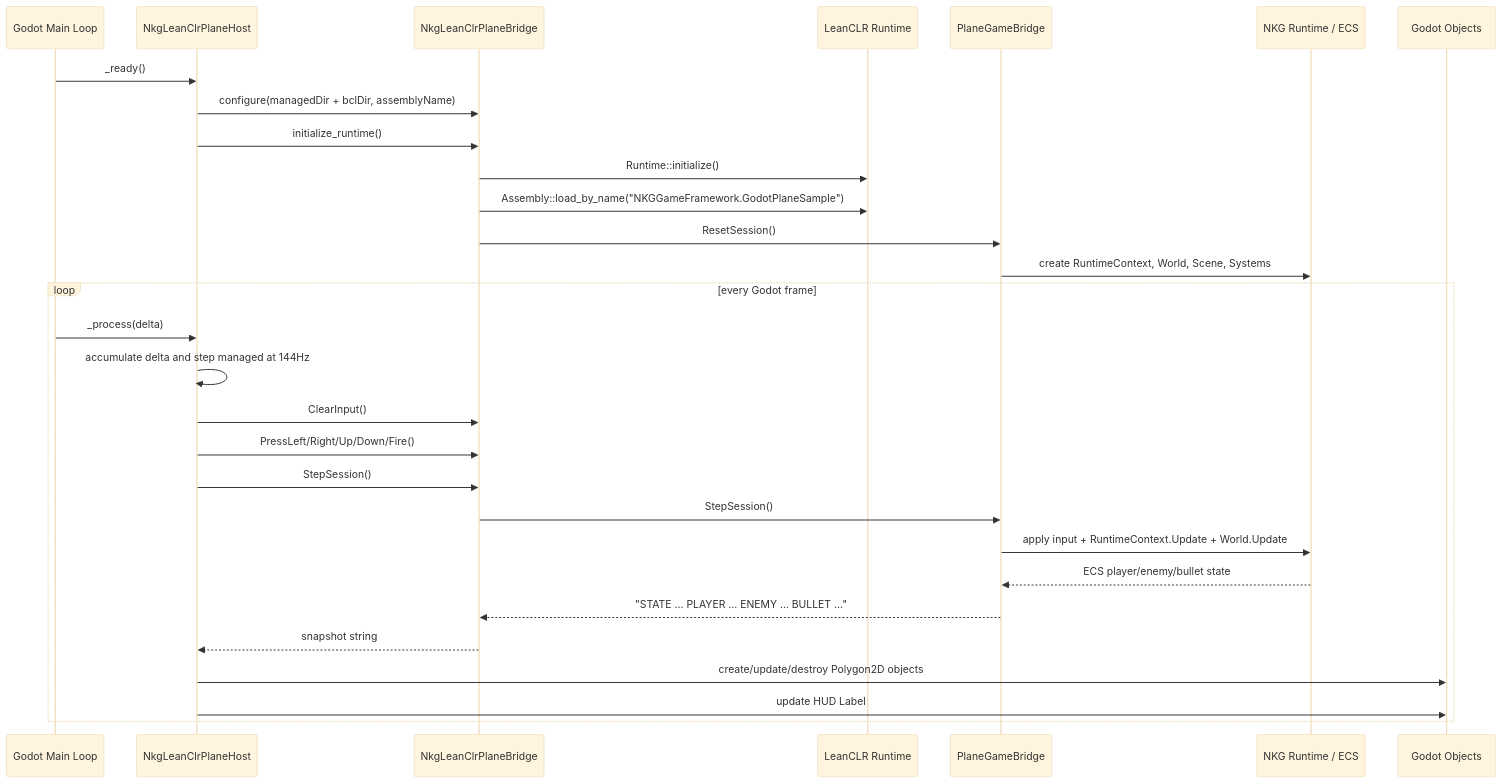
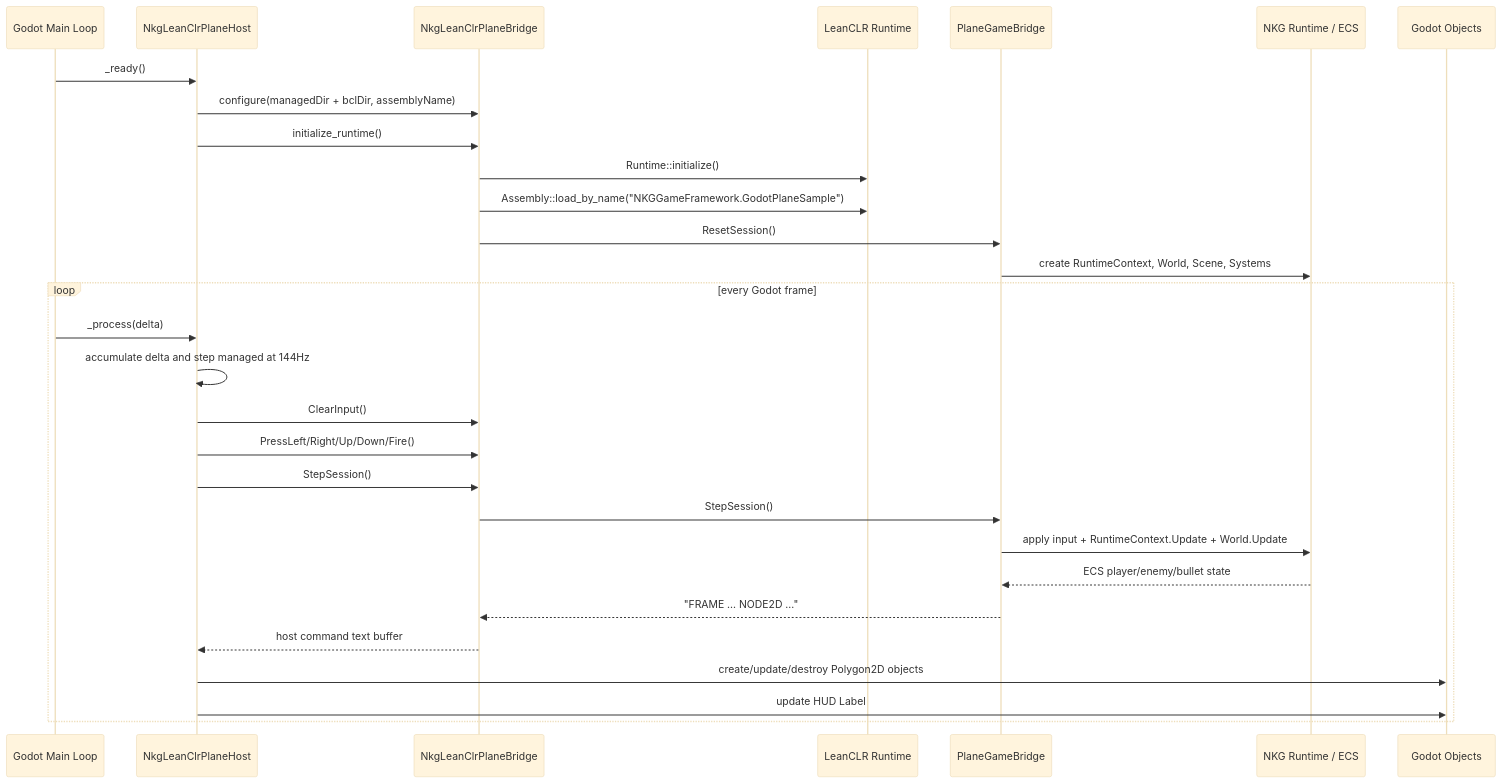
One commit to wqaetly/NKGGameFramework changed the second of 3 diagrams in docs/godot-leanclr-runtime-structure.md. Above: the diagram before and after it, drawn with Mermaid (base theme). The commit also changed other lines of this file and 7 other files, not shown here.

````diff
--- a/docs/godot-leanclr-runtime-structure.md
+++ b/docs/godot-leanclr-runtime-structure.md
@@ -98,33 +98,33 @@
 ```mermaid
 sequenceDiagram
     participant Godot as Godot Main Loop
     participant Host as NkgLeanClrPlaneHost
     participant Bridge as NkgLeanClrPlaneBridge
     participant CLR as LeanCLR Runtime
     participant Managed as PlaneGameBridge
     participant NKG as NKG Runtime / ECS
     participant Obj as Godot Objects
 
     Godot->>Host: _ready()
     Host->>Bridge: configure(managedDir + bclDir, assemblyName)
     Host->>Bridge: initialize_runtime()
     Bridge->>CLR: Runtime::initialize()
     Bridge->>CLR: Assembly::load_by_name("NKGGameFramework.GodotPlaneSample")
     Bridge->>Managed: ResetSession()
     Managed->>NKG: create RuntimeContext, World, Scene, Systems
 
     loop every Godot frame
         Godot->>Host: _process(delta)
         Host->>Host: accumulate delta and step managed at 144Hz
         Host->>Bridge: ClearInput()
         Host->>Bridge: PressLeft/Right/Up/Down/Fire()
         Host->>Bridge: StepSession()
         Bridge->>Managed: StepSession()
         Managed->>NKG: apply input + RuntimeContext.Update + World.Update
         NKG-->>Managed: ECS player/enemy/bullet state
-        Managed-->>Bridge: "STATE ... PLAYER ... ENEMY ... BULLET ..."
-        Bridge-->>Host: snapshot string
+        Managed-->>Bridge: "FRAME ... NODE2D ..."
+        Bridge-->>Host: host command text buffer
         Host->>Obj: create/update/destroy Polygon2D objects
         Host->>Obj: update HUD Label
     end
 ```
````
